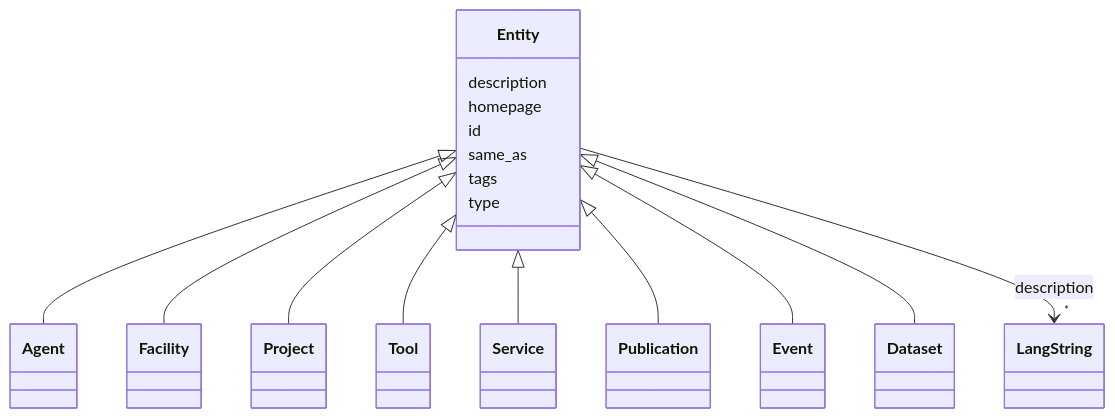
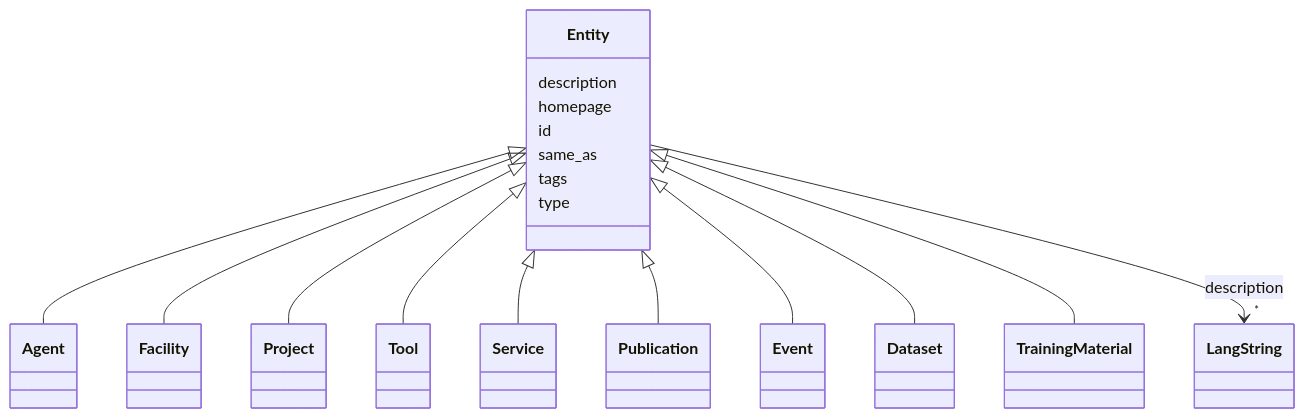
The diagram in docs/classes/Entity.md (DARIAH-IL/idhi-manifests), drawn with Mermaid before and after one commit. The commit also changed other lines of this file and 52 other files, not shown here.

````diff
--- a/docs/classes/Entity.md
+++ b/docs/classes/Entity.md
@@ -24,48 +24,50 @@
 ```mermaid
  classDiagram
     class Entity
       
 
       Entity <|-- Agent
         click Agent href "../../classes/Agent/"
       Entity <|-- Facility
         click Facility href "../../classes/Facility/"
       Entity <|-- Project
         click Project href "../../classes/Project/"
       Entity <|-- Tool
         click Tool href "../../classes/Tool/"
       Entity <|-- Service
         click Service href "../../classes/Service/"
       Entity <|-- Publication
         click Publication href "../../classes/Publication/"
       Entity <|-- Event
         click Event href "../../classes/Event/"
       Entity <|-- Dataset
         click Dataset href "../../classes/Dataset/"
+      Entity <|-- TrainingMaterial
+        click TrainingMaterial href "../../classes/TrainingMaterial/"
       
 
       Entity : description
         
           
     
         
         
         Entity --> "*" LangString : description
         
         click LangString href "../../classes/LangString/"
         
     
 
         
       Entity : homepage
         
       Entity : id
         
       Entity : same_as
         
       Entity : tags
         
       Entity : type
         
       
 ```
````
